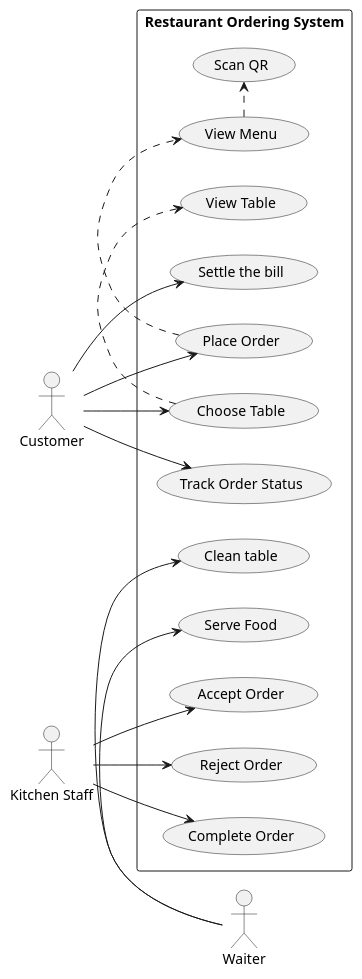
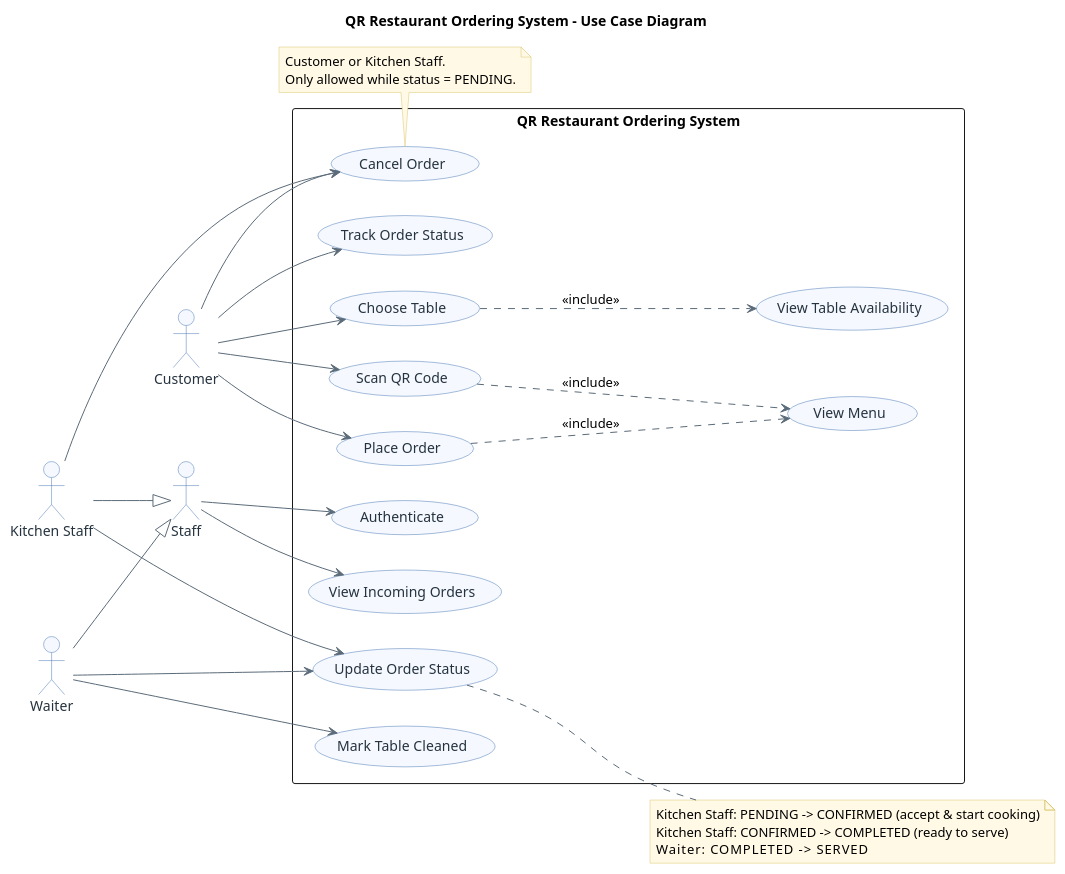
One commit to zawnaylin/gisma-advance-programming-assessment changed the diagram in docs/use-case.puml. Above: the diagram before and after it, drawn with PlantUML. The commit also changed 11 other files, not shown here.

```diff
--- a/docs/use-case.puml
+++ b/docs/use-case.puml
@@ -1,52 +1,86 @@
-@startuml
+@startuml use-case
+title QR Restaurant Ordering System - Use Case Diagram
 
 left to right direction
+skinparam shadowing false
+skinparam packageStyle rectangle
+skinparam usecase {
+  BackgroundColor #F5F9FF
+  BorderColor #4A78B5
+  ArrowColor #5B6B79
+  FontColor #26333F
+}
+skinparam actor {
+  BorderColor #4A78B5
+  BackgroundColor #F5F9FF
+  FontColor #26333F
+}
+skinparam note {
+  BackgroundColor #FFF9E6
+  BorderColor #D8C46A
+}
 
 actor Customer as c
-
-rectangle "Restaurant Ordering System" {
-
-  usecase "Scan QR" as scan_qr
-  usecase "Choose Table" as choose_table
-  usecase "Place Order" as place_order
-  usecase "Track Order Status" as track_order
-  usecase "View Table" as view_table
-  usecase "View Menu" as view_menu
-
-  usecase "Accept Order" as accept_order
-  usecase "Reject Order" as reject_order
-  usecase "Complete Order" as complete_order
-
-  usecase "Serve Food" as serve_food
-
-  usecase "Settle the bill" as settle_bill
-  usecase "Clean table" as clean_table
-}
-
+actor Staff as staff
 actor "Kitchen Staff" as ks
 actor Waiter as w
 
-' force horizontal ordering: Customer (left) ... staff (right)
-c -[hidden]right-> ks
-ks -[hidden]-> w
+ks --|> staff
+w --|> staff
 
-c -> choose_table
-choose_table .> view_table
+rectangle "QR Restaurant Ordering System" {
 
-c -> place_order
-place_order .> view_menu
-view_menu .> scan_qr
+  ' -- dining flow --
+  usecase "Choose Table"            as choose_table
+  usecase "View Table Availability" as view_table
+  usecase "Scan QR Code"            as scan_qr
+  usecase "View Menu"               as view_menu
+  usecase "Place Order"             as place_order
+  usecase "Track Order Status"      as track_order
 
-c -> track_order
+  ' -- staff flow --
+  usecase "Authenticate"            as authenticate
+  usecase "View Incoming Orders"    as view_orders
+  usecase "Update Order Status"     as update_status
+  usecase "Cancel Order"            as cancel_order
 
-ks -> accept_order
-ks -> reject_order
-ks -> complete_order
+  ' -- table lifecycle --
+  usecase "Mark Table Cleaned"      as clean_table
+}
 
-w -> serve_food
+' keep customer on the left, staff on the right
+c -[hidden]right- staff
 
-c -> settle_bill
+' ---- customer flow ----
+c --> choose_table
+choose_table ..> view_table : <<include>>
 
-w -> clean_table
+c --> scan_qr
+scan_qr ..> view_menu : <<include>>
+
+c --> place_order
+place_order ..> view_menu : <<include>>
+
+c --> track_order
+c --> cancel_order
+
+' ---- staff flow ----
+staff --> authenticate
+staff --> view_orders
+ks --> update_status
+w --> update_status
+ks --> cancel_order
+w --> clean_table
+
+note right of update_status
+  Kitchen Staff: PENDING -> CONFIRMED (accept & start cooking)
+  Kitchen Staff: CONFIRMED -> COMPLETED (ready to serve)
+  Waiter:        COMPLETED -> SERVED
+end note
+
+note bottom of cancel_order
+  Customer or Kitchen Staff.
+  Only allowed while status = PENDING.
+end note
 
 @enduml
```
